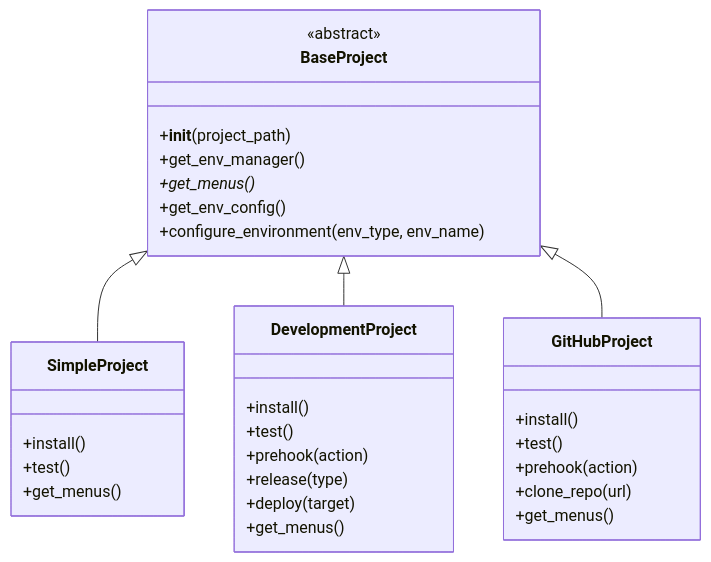
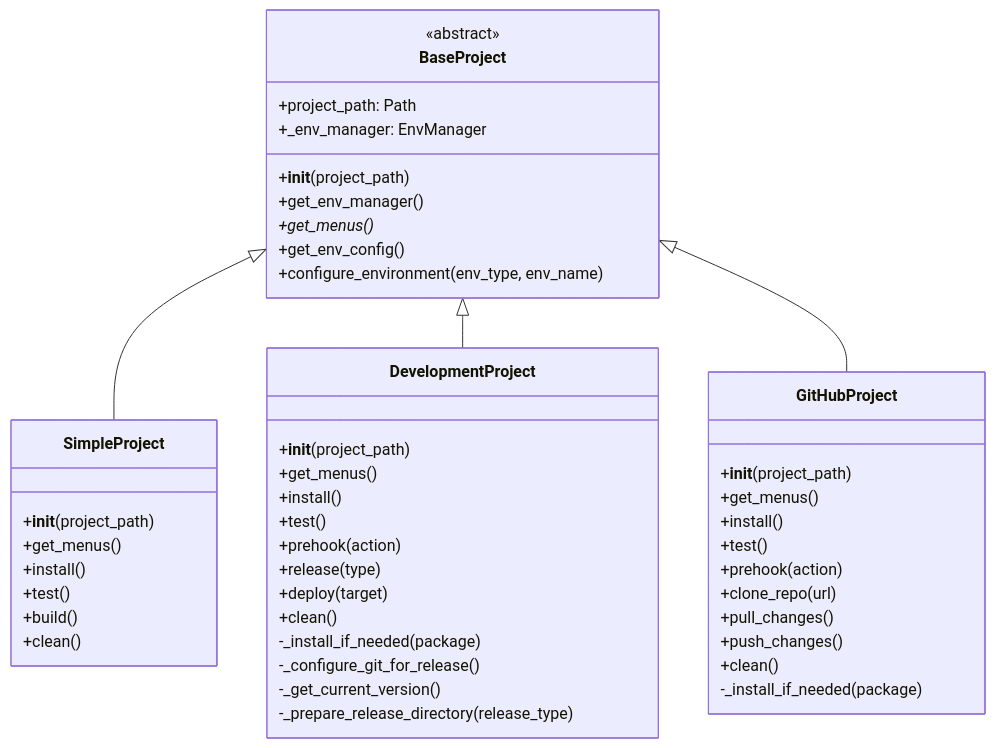
One commit to r4d4m4n71s/cicd_tools changed the first of 10 diagrams in doc/cicd_tools_architecture_plan.md. Above: the diagram before and after it, drawn with Mermaid. The commit also changed other lines of this file and 20 other files, not shown here.

````diff
--- a/doc/cicd_tools_architecture_plan.md
+++ b/doc/cicd_tools_architecture_plan.md
@@ -55,38 +72,54 @@
 ```mermaid
 classDiagram
     class BaseProject {
         <<abstract>>
+        +project_path: Path
+        +_env_manager: EnvManager
         +__init__(project_path)
         +get_env_manager()
         +get_menus()*
         +get_env_config() 
         +configure_environment(env_type, env_name)
     }
     
     class SimpleProject {
+        +__init__(project_path)
+        +get_menus()
         +install()
         +test() 
-        +get_menus()
+        +build()
+        +clean()
     }
     
     class DevelopmentProject {
+        +__init__(project_path)
+        +get_menus()
         +install()
         +test()
         +prehook(action)
         +release(type)
         +deploy(target)
-        +get_menus()
+        +clean()
+        -_install_if_needed(package)
+        -_configure_git_for_release()
+        -_get_current_version()
+        -_prepare_release_directory(release_type)
     }
     
     class GitHubProject {
+        +__init__(project_path)
+        +get_menus()
         +install()
         +test()
         +prehook(action)
         +clone_repo(url)
-        +get_menus()
+        +pull_changes()
+        +push_changes()
+        +clean()
+        -_install_if_needed(package)
     }
     
     BaseProject <|-- SimpleProject
     BaseProject <|-- DevelopmentProject
     BaseProject <|-- GitHubProject
 ```
````
